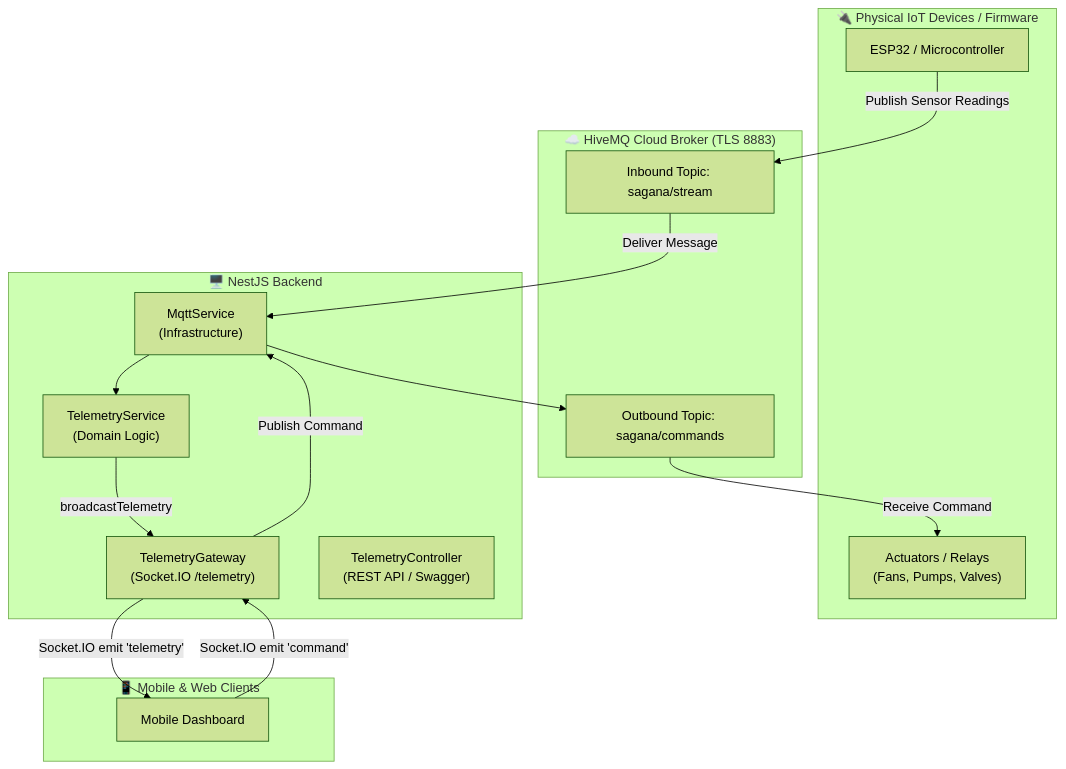
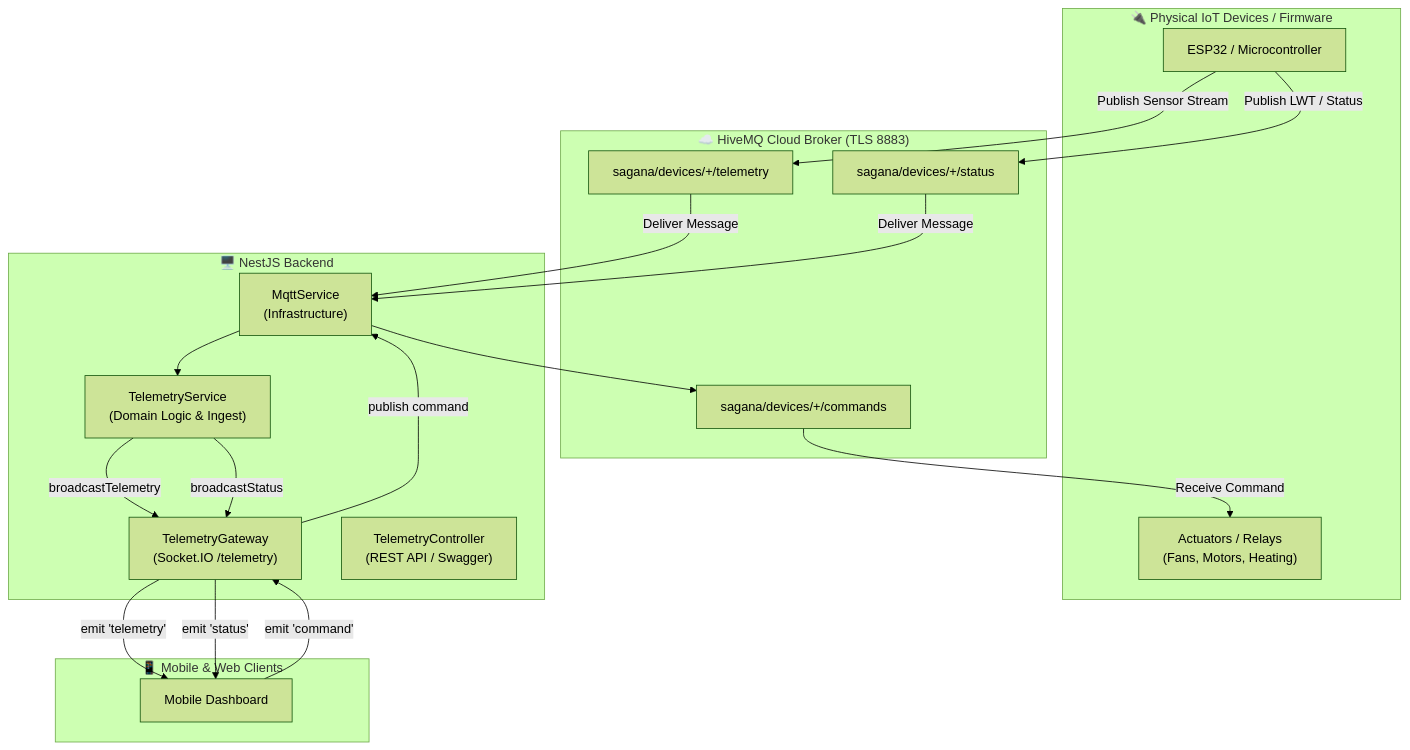
One commit to likha-innovations/sagana-backend changed the diagram in docs/modules/telemetry.md. Above: the diagram before and after it, drawn with Mermaid (forest theme). The commit also changed other lines of this file and 8 other files, not shown here.

Commit message:
docs(vitepress): update architecture, prisma models, and domain modules

````diff
--- a/docs/modules/telemetry.md
+++ b/docs/modules/telemetry.md
@@ -9,34 +9,40 @@
 ```mermaid
 flowchart TD
     subgraph Hardware ["🔌 Physical IoT Devices / Firmware"]
         ESP["ESP32 / Microcontroller"]
-        Actuators["Actuators / Relays<br/>(Fans, Pumps, Valves)"]
+        Actuators["Actuators / Relays<br/>(Fans, Motors, Heating)"]
     end
 
     subgraph HiveMQ ["☁️ HiveMQ Cloud Broker (TLS 8883)"]
-        StreamTopic["Inbound Topic: sagana/stream"]
-        CmdTopic["Outbound Topic: sagana/commands"]
+        StreamTopic["sagana/devices/+/telemetry"]
+        StatusTopic["sagana/devices/+/status"]
+        CmdTopic["sagana/devices/+/commands"]
     end
 
     subgraph Backend ["🖥️ NestJS Backend"]
         MqttSvc["MqttService<br/>(Infrastructure)"]
-        TelemSvc["TelemetryService<br/>(Domain Logic)"]
+        TelemSvc["TelemetryService<br/>(Domain Logic & Ingest)"]
         TelemGateway["TelemetryGateway<br/>(Socket.IO /telemetry)"]
         TelemCtrl["TelemetryController<br/>(REST API / Swagger)"]
     end
 
     subgraph Clients ["📱 Mobile & Web Clients"]
-        Dashboard["Mobile Dashboard"]
+        MobileApp["Mobile Dashboard"]
     end
 
-    ESP -->|Publish Sensor Readings| StreamTopic
+    ESP -->|Publish Sensor Stream| StreamTopic
+    ESP -->|Publish LWT / Status| StatusTopic
     StreamTopic -->|Deliver Message| MqttSvc
+    StatusTopic -->|Deliver Message| MqttSvc
     MqttSvc --> TelemSvc
+
     TelemSvc -->|broadcastTelemetry| TelemGateway
-    TelemGateway -->|Socket.IO emit 'telemetry'| Dashboard
+    TelemSvc -->|broadcastStatus| TelemGateway
+    TelemGateway -->|emit 'telemetry'| MobileApp
+    TelemGateway -->|emit 'status'| MobileApp
 
-    Dashboard -->|Socket.IO emit 'command'| TelemGateway
-    TelemGateway -->|Publish Command| MqttSvc
+    MobileApp -->|emit 'command'| TelemGateway
+    TelemGateway -->|publish command| MqttSvc
     MqttSvc --> CmdTopic
     CmdTopic -->|Receive Command| Actuators
 ```
````
